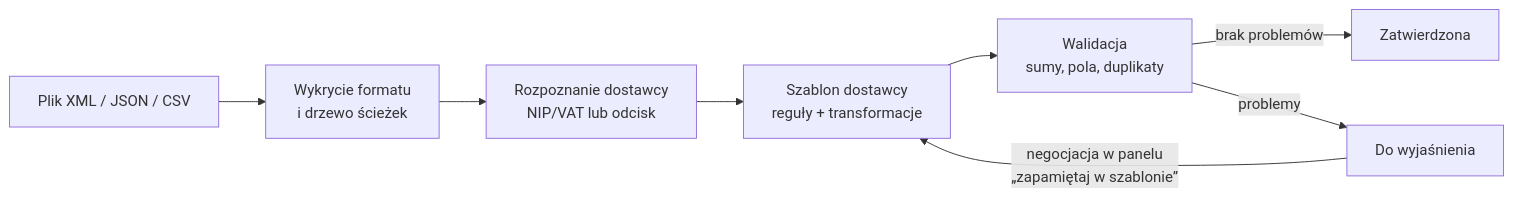
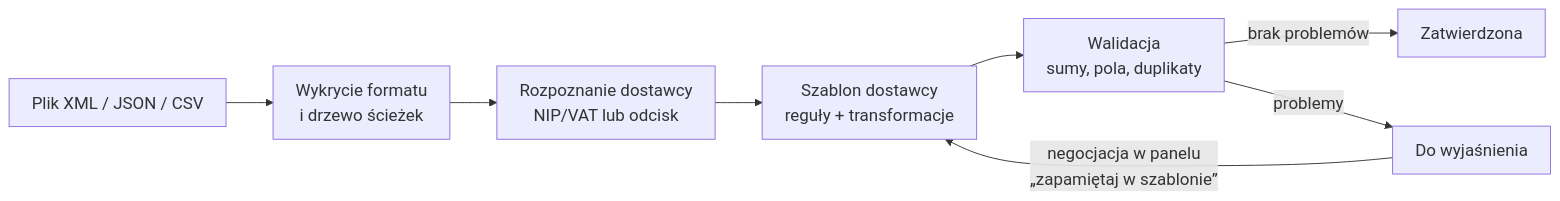
Before and after one commit to AmigoUK/xml-parser: the diagram in docs/screenshots/diagram-przetwarzania.mmd, drawn with Mermaid. The commit also changed 8 other files, not shown here.

```diff
--- a/docs/screenshots/diagram-przetwarzania.mmd
+++ b/docs/screenshots/diagram-przetwarzania.mmd
@@ -1,8 +1,19 @@
+---
+config:
+  theme: default
+  fontFamily: "Segoe UI, Roboto, Noto Sans, sans-serif"
+  themeVariables:
+    fontSize: 18px
+  flowchart:
+    useMaxWidth: false
+    padding: 12
+    diagramPadding: 32
+---
 flowchart LR
     A[Plik XML / JSON / CSV] --> B[Wykrycie formatu<br/>i drzewo ścieżek]
     B --> C[Rozpoznanie dostawcy<br/>NIP/VAT lub odcisk]
     C --> D[Szablon dostawcy<br/>reguły + transformacje]
     D --> E[Walidacja<br/>sumy, pola, duplikaty]
     E -->|brak problemów| F[Zatwierdzona]
     E -->|problemy| G[Do wyjaśnienia]
     G -->|negocjacja w panelu<br/>„zapamiętaj w szablonie”| D
```
